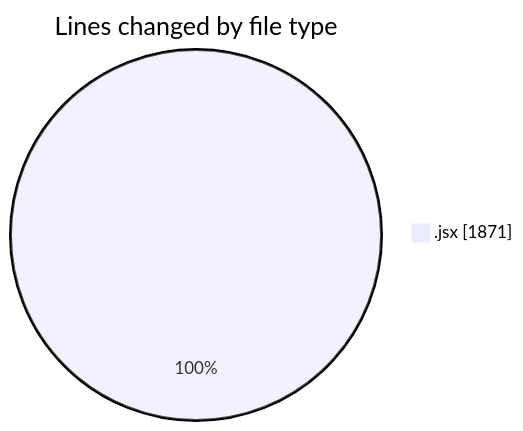
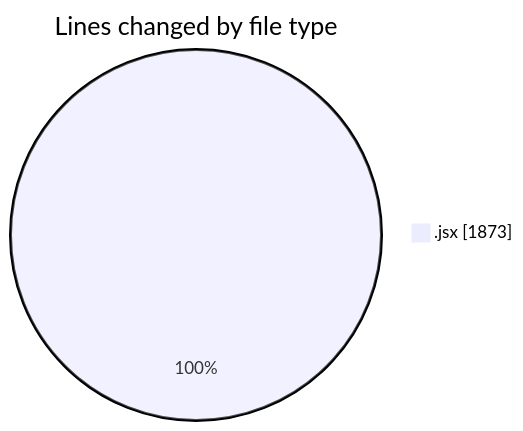
One commit to nxtqubesakshisongat/code-tracking changed the first of 2 diagrams in 2025-05-10/argos-dev/README.md. Above: the diagram before and after it, drawn with Mermaid. The commit also changed other lines of this file and 1 other file, not shown here.

````diff
--- a/2025-05-10/argos-dev/README.md
+++ b/2025-05-10/argos-dev/README.md
@@ -21,5 +21,5 @@
 ```mermaid
 pie showData
 title Lines changed by file type
-".jsx" : 1871
+".jsx" : 1873
 ```
````
